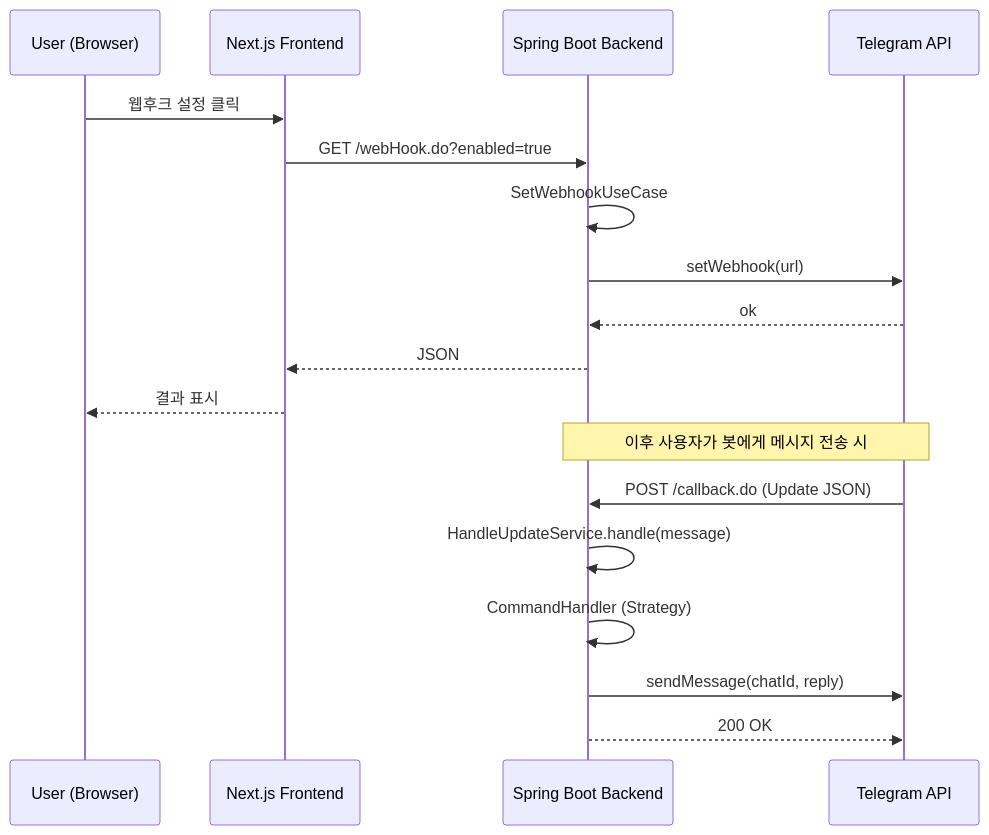
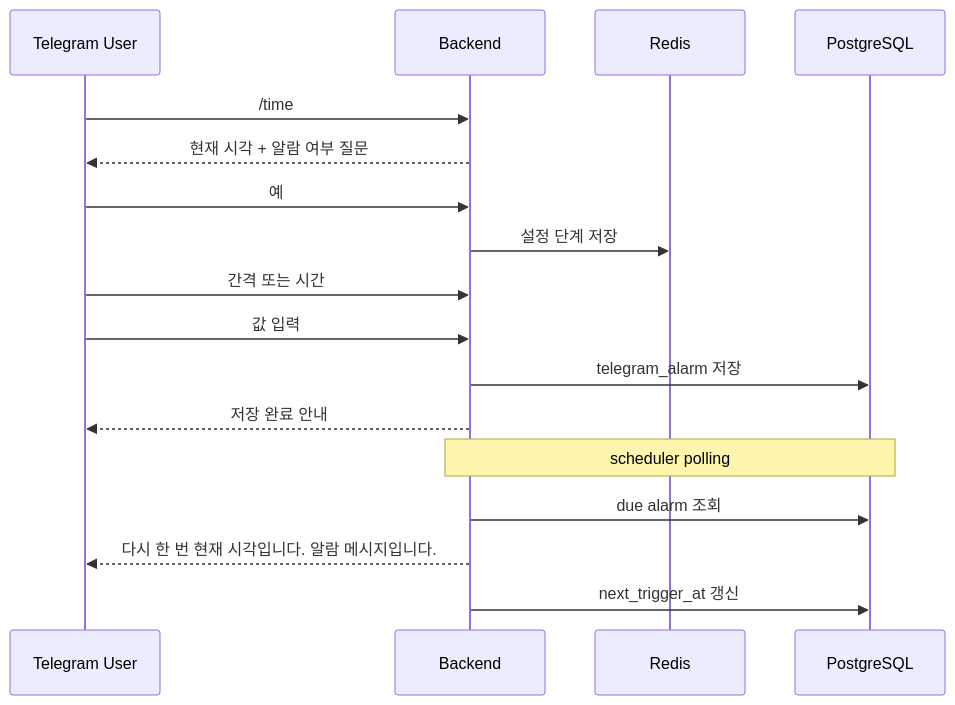
Before and after one commit to skyleedevzero86/Tellme_Showme: the fourth of 5 diagrams in README.md, drawn with Mermaid. The commit also changed other lines of this file, not shown here.

````diff
--- a/README.md
+++ b/README.md
@@ -131,22 +165,21 @@
 ```mermaid
 sequenceDiagram
-  participant U as User (Browser)
-  participant F as Next.js Frontend
-  participant B as Spring Boot Backend
-  participant T as Telegram API
+  participant T as Telegram User
+  participant B as Backend
+  participant R as Redis
+  participant P as PostgreSQL
 
-  U->>F: 웹후크 설정 클릭
-  F->>B: GET /webHook.do?enabled=true
-  B->>B: SetWebhookUseCase
-  B->>T: setWebhook(url)
-  T-->>B: ok
-  B-->>F: JSON
-  F-->>U: 결과 표시
+  T->>B: /time
+  B-->>T: 현재 시각 + 알람 여부 질문
+  T->>B: 예
+  B->>R: 설정 단계 저장
+  T->>B: 간격 또는 시간
+  T->>B: 값 입력
+  B->>P: telegram_alarm 저장
+  B-->>T: 저장 완료 안내
 
-  Note over T,B: 이후 사용자가 봇에게 메시지 전송 시
-  T->>B: POST /callback.do (Update JSON)
-  B->>B: HandleUpdateService.handle(message)
-  B->>B: CommandHandler (Strategy)
-  B->>T: sendMessage(chatId, reply)
-  B-->>T: 200 OK
+  Note over B,P: scheduler polling
+  B->>P: due alarm 조회
+  B-->>T: 다시 한 번 현재 시각입니다. 알람 메시지입니다.
+  B->>P: next_trigger_at 갱신
 ```
````
